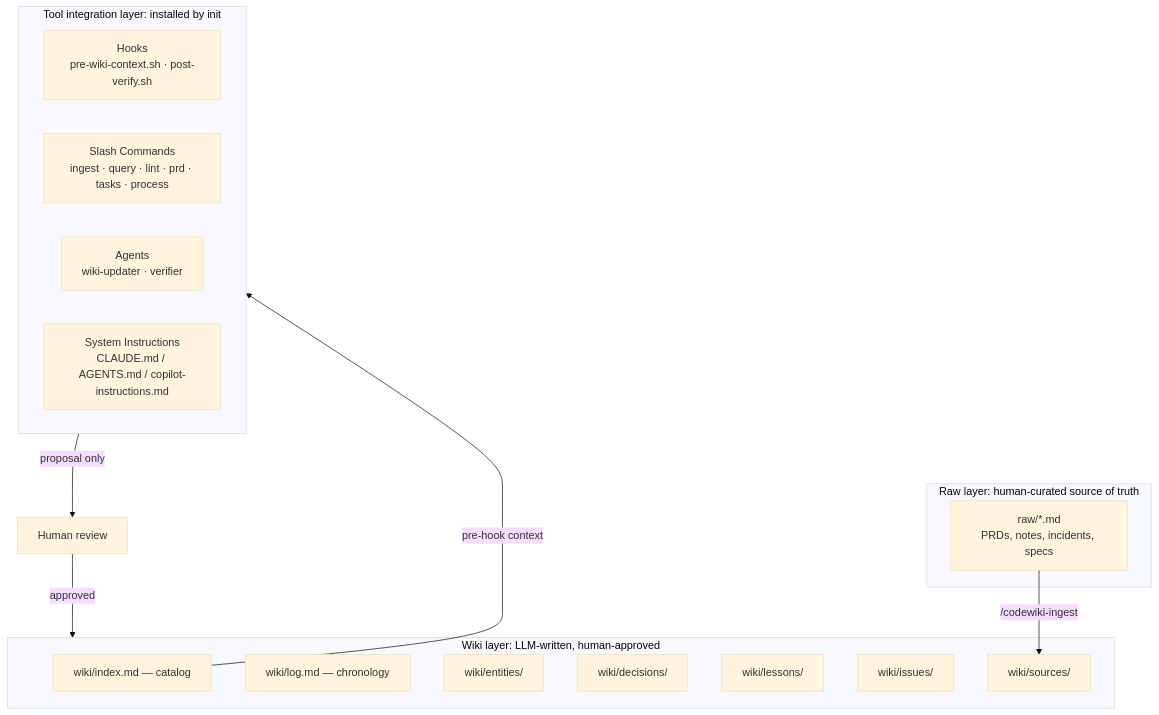
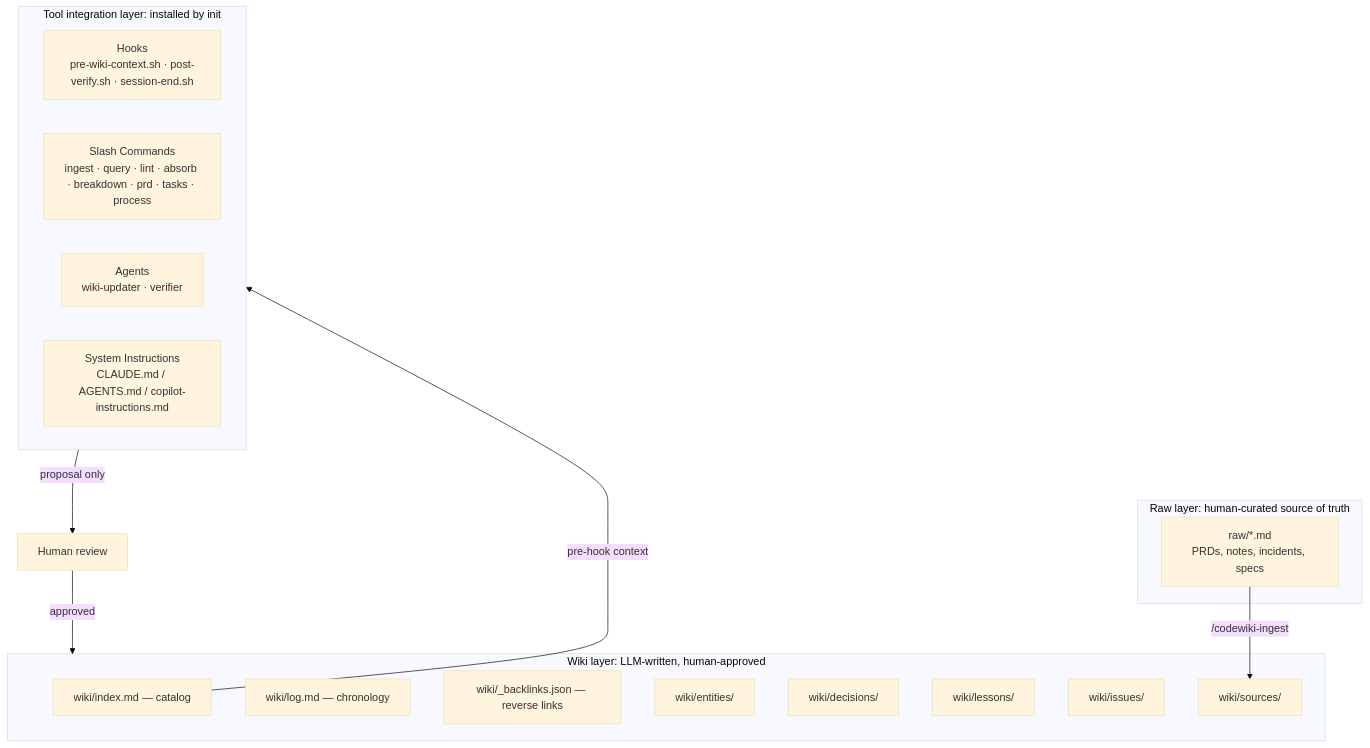
The second of 3 diagrams in README.md (giuice/CodeWiki), drawn with Mermaid (base theme) before and after one commit. The commit also changed other lines of this file and 8 other files, not shown here.

````diff
--- a/README.md
+++ b/README.md
@@ -80,28 +91,29 @@
 ```mermaid
 flowchart TB
   subgraph Raw[Raw layer: human-curated source of truth]
     R1[raw/*.md<br/>PRDs, notes, incidents, specs]
   end
 
   subgraph Wiki[Wiki layer: LLM-written, human-approved]
     W1[wiki/index.md — catalog]
     W2[wiki/log.md — chronology]
+    W8[wiki/_backlinks.json — reverse links]
     W3[wiki/entities/]
     W4[wiki/decisions/]
     W5[wiki/lessons/]
     W6[wiki/issues/]
     W7[wiki/sources/]
   end
 
   subgraph ToolIntegration[Tool integration layer: installed by init]
-    H1[Hooks<br/>pre-wiki-context.sh · post-verify.sh]
-    SC[Slash Commands<br/>ingest · query · lint · prd · tasks · process]
+    H1[Hooks<br/>pre-wiki-context.sh · post-verify.sh · session-end.sh]
+    SC[Slash Commands<br/>ingest · query · lint · absorb · breakdown · prd · tasks · process]
     AG[Agents<br/>wiki-updater · verifier]
     SI[System Instructions<br/>CLAUDE.md / AGENTS.md / copilot-instructions.md]
   end
 
   R1 -->|/codewiki-ingest| W7
   W1 -->|pre-hook context| ToolIntegration
   ToolIntegration -->|proposal only| Review[Human review]
   Review -->|approved| Wiki
 ```
````
